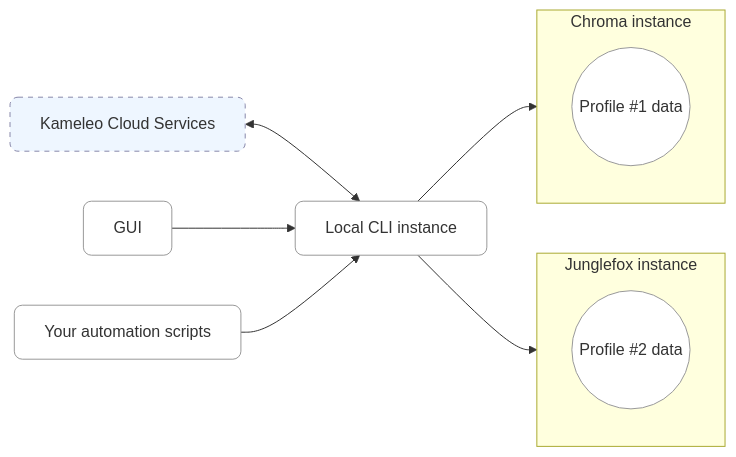
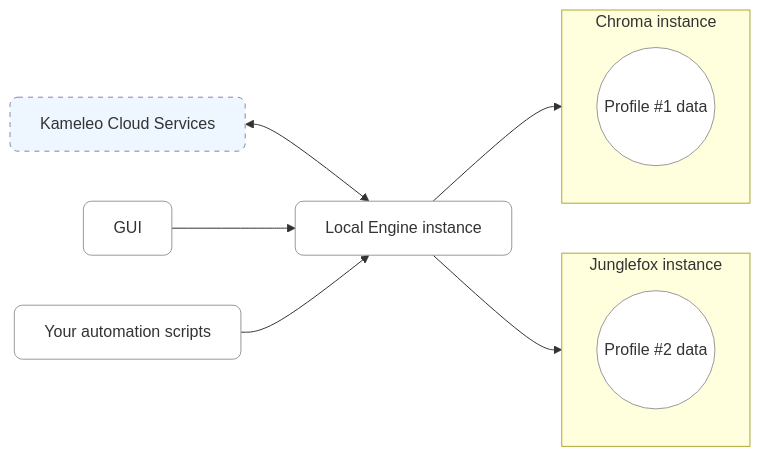
One commit to kameleo-io/kameleo changed the diagram in docs/05-reference/01-architecture-overview.md. Above: the diagram before and after it, drawn with Mermaid. The commit also changed other lines of this file and 25 other files, not shown here.

````diff
--- a/docs/05-reference/01-architecture-overview.md
+++ b/docs/05-reference/01-architecture-overview.md
@@ -12,34 +12,34 @@
 ```mermaid
 flowchart LR
   %% Layout
   classDef cloud fill:#eef6ff,stroke:#88a,stroke-dasharray:5 5;
   classDef node fill:#ffffff,stroke:#999,rx:8,ry:8;
 
   %% Left
   GUI[GUI]:::node
   SCRIPT["Your automation scripts"]:::node
 
   %% Top
   SERVICES["Kameleo Cloud Services"]:::cloud
 
   %% Center
-  CLI["Local CLI instance"]
+  ENGINE["Local Engine instance"]
 
   %% Right (Profiles)
   subgraph P1["Chroma instance"]
     direction TB
     CHROME(("Profile #1 data"))
   end
 
   subgraph P2["Junglefox instance"]
     direction TB
     FIREFOX(("Profile #2 data"))
   end
 
   %% Connections
-  SERVICES <--> CLI
-  GUI --> CLI
-  SCRIPT --> CLI
-  CLI --> P1
-  CLI --> P2
+  SERVICES <--> ENGINE
+  GUI --> ENGINE
+  SCRIPT --> ENGINE
+  ENGINE --> P1
+  ENGINE --> P2
 ```
````
